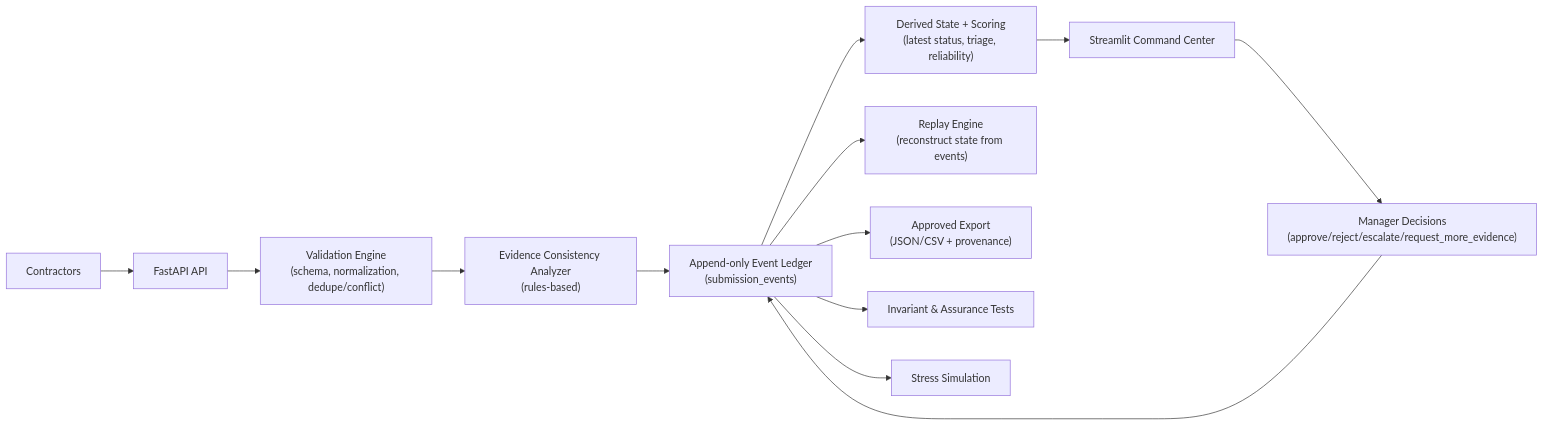
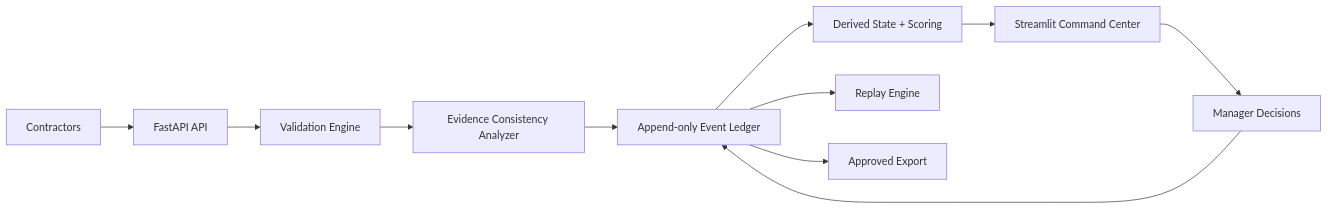
The diagram in README.md (DCRC95/Sentinel-Ops), drawn with Mermaid before and after one commit. The commit also changed other lines of this file, not shown here.

Commit message:
docs: update README with Sprint 3 positioning and architecture

````diff
--- a/README.md
+++ b/README.md
@@ -87,15 +58,13 @@
 ```mermaid
 flowchart LR
     C["Contractors"] --> API["FastAPI API"]
-    API --> V["Validation Engine\n(schema, normalization, dedupe/conflict)"]
-    V --> ECA["Evidence Consistency Analyzer\n(rules-based)"]
-    ECA --> EV["Append-only Event Ledger\n(submission_events)"]
-    EV --> DER["Derived State + Scoring\n(latest status, triage, reliability)"]
+    API --> V["Validation Engine"]
+    V --> ECA["Evidence Consistency Analyzer"]
+    ECA --> EV["Append-only Event Ledger"]
+    EV --> DER["Derived State + Scoring"]
     DER --> UI["Streamlit Command Center"]
-    UI --> M["Manager Decisions\n(approve/reject/escalate/request_more_evidence)"]
+    UI --> M["Manager Decisions"]
     M --> EV
-    EV --> REPLAY["Replay Engine\n(reconstruct state from events)"]
-    EV --> EXP["Approved Export\n(JSON/CSV + provenance)"]
-    EV --> VERIFY["Invariant & Assurance Tests"]
-    EV --> STRESS["Stress Simulation"]
+    EV --> REPLAY["Replay Engine"]
+    EV --> EXP["Approved Export"]
 ```
````
